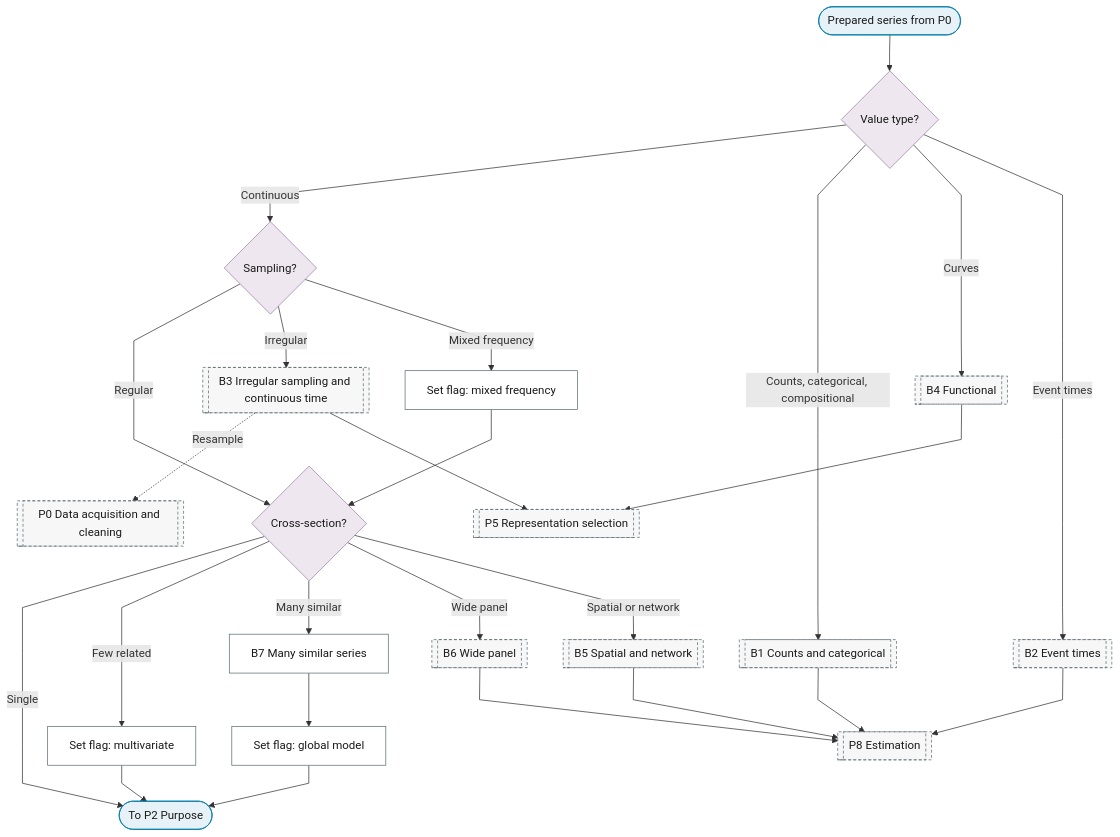
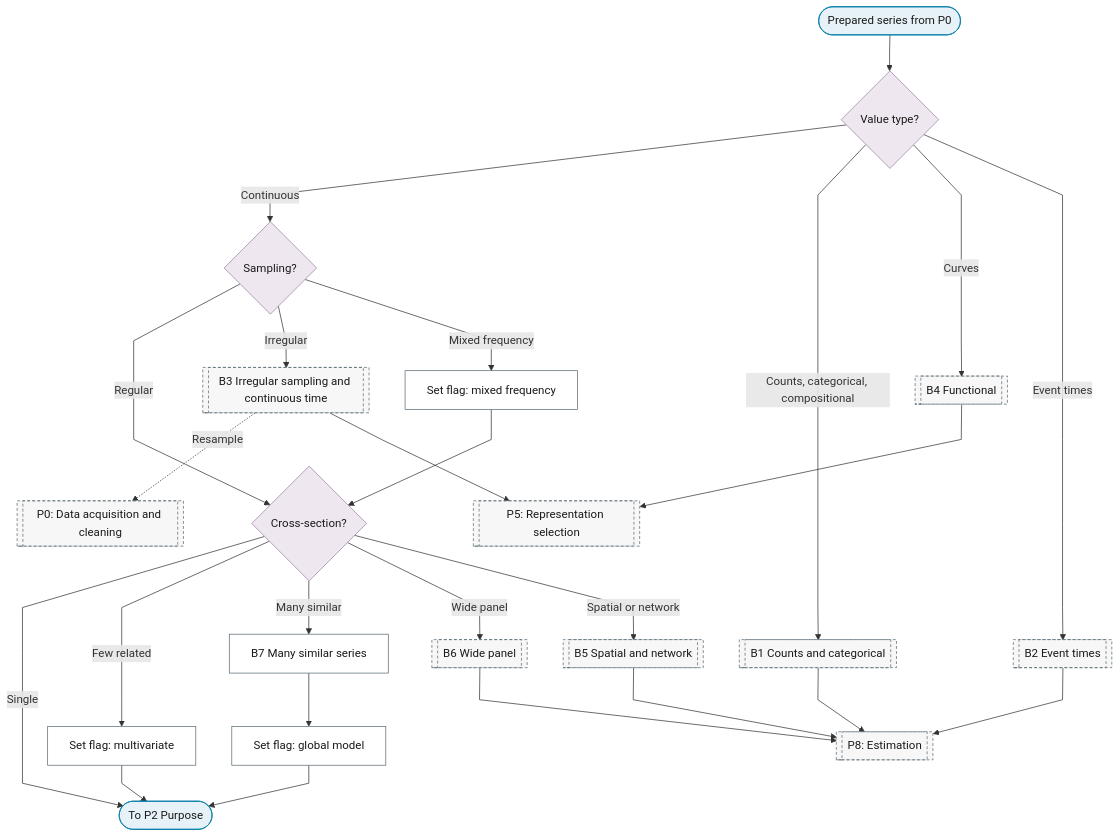
Before and after one commit to Shuxin-Y/time-series-analysis-manual: the diagram in docs/01-workflow/p01-data-type-gate.md, drawn with Mermaid. The commit also changed 17 other files, not shown here.

````diff
--- a/docs/01-workflow/p01-data-type-gate.md
+++ b/docs/01-workflow/p01-data-type-gate.md
@@ -9,41 +9,41 @@
 ```mermaid
 %%{init: {"flowchart": {"curve": "linear"}}}%%
 graph TD
     P1_IN(["Prepared series from P0"]) --> P1_VALUE_TYPE{"Value type?"}
     P1_VALUE_TYPE -->|"Continuous"| P1_SAMPLING{"Sampling?"}
     P1_VALUE_TYPE -->|"Counts, categorical, compositional"| B1[["B1 Counts and categorical"]]
     P1_VALUE_TYPE -->|"Curves"| B4[["B4 Functional"]]
     P1_VALUE_TYPE -->|"Event times"| B2[["B2 Event times"]]
     P1_SAMPLING -->|"Regular"| P1_STRUCTURE{"Cross-section?"}
     P1_SAMPLING -->|"Irregular"| B3[["B3 Irregular sampling and continuous time"]]
     P1_SAMPLING -->|"Mixed frequency"| P1_MIXED_FREQ_FLAG["Set flag: mixed frequency"]
     P1_MIXED_FREQ_FLAG --> P1_STRUCTURE
     P1_STRUCTURE -->|"Single"| P1_OUT
     P1_STRUCTURE -->|"Few related"| P1_MULTIVARIATE_FLAG["Set flag: multivariate"]
     P1_STRUCTURE -->|"Many similar"| B7["B7 Many similar series"]
     P1_STRUCTURE -->|"Wide panel"| B6[["B6 Wide panel"]]
     P1_STRUCTURE -->|"Spatial or network"| B5[["B5 Spatial and network"]]
     P1_MULTIVARIATE_FLAG --> P1_OUT
     B7 --> P1_GLOBAL_FLAG["Set flag: global model"]
     P1_GLOBAL_FLAG --> P1_OUT
-    B3 -.->|"Resample"| P0[["P0 Data acquisition and cleaning"]]
-    B3 --> P5[["P5 Representation selection"]]
+    B3 -.->|"Resample"| P0[["P0: Data acquisition and cleaning"]]
+    B3 --> P5[["P5: Representation selection"]]
     B4 --> P5
-    B1 --> P8[["P8 Estimation"]]
+    B1 --> P8[["P8: Estimation"]]
     B2 --> P8
     B5 --> P8
     B6 --> P8
     P1_OUT(["To P2 Purpose"])
     class P1_IN,P1_OUT terminator
     class P1_VALUE_TYPE,P1_SAMPLING,P1_STRUCTURE decision
     class P1_MIXED_FREQ_FLAG,P1_MULTIVARIATE_FLAG,P1_GLOBAL_FLAG,B7 process
     class B1,B2,B3,B4,B5,B6,P0,P5,P8 ref
     classDef terminator fill:#E6F2F7,stroke:#007BA7,color:#1A1A1A;
     classDef process fill:#FFFFFF,stroke:#5A6B73,color:#1A1A1A;
     classDef decision fill:#EFE7F0,stroke:#9B7FA7,color:#1A1A1A;
     classDef data fill:#FFF4E0,stroke:#C9A55E,color:#1A1A1A;
     classDef good fill:#DCEFD8,stroke:#4A7A3F,color:#1A1A1A;
     classDef escalate fill:#FFE9C2,stroke:#C9A55E,color:#1A1A1A;
     classDef problem fill:#F2D9DE,stroke:#800020,color:#1A1A1A;
     classDef ref fill:#F7F7F7,stroke:#5A6B73,color:#1A1A1A,stroke-dasharray:4 3;
 ```
````
